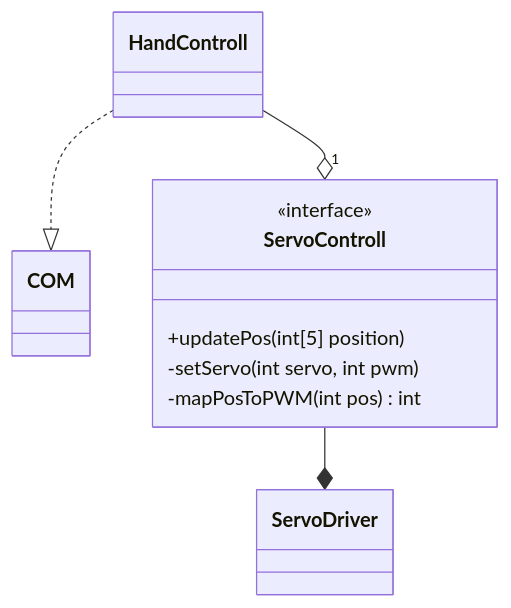
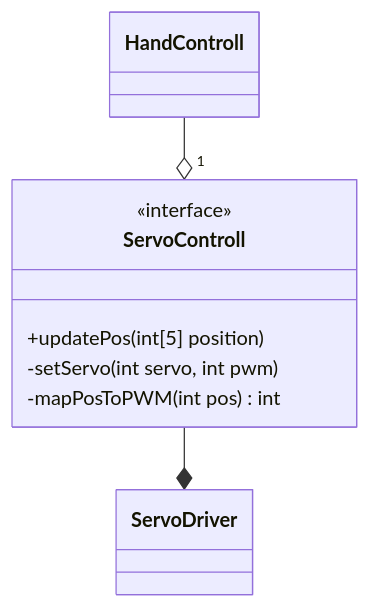
One commit to 3D-Bionics/Handcontrol-Software changed the tenth of 10 diagrams in doc/SAS.md. Above: the diagram before and after it, drawn with Mermaid. The commit also changed other lines of this file, not shown here.

Commit message:
SAS: Compete Modul Hand-Modell  + Fix spelling

````diff
--- a/doc/SAS.md
+++ b/doc/SAS.md
@@ -401,24 +420,20 @@
 ```mermaid
 classDiagram
 	class HandControll{
-		
-	}
-	class COM{
 		
 	}
 	
 	class ServoControll{
 	<<interface>>
 		
 		+updatePos(int[5] position)
 		
 		-setServo(int servo, int pwm)
 		-mapPosToPWM(int pos) int
 		
 	}
 	
 	ServoControll --* ServoDriver
-	HandControll ..|> COM
 	HandControll --o"1" ServoControll
 
 ```
````
